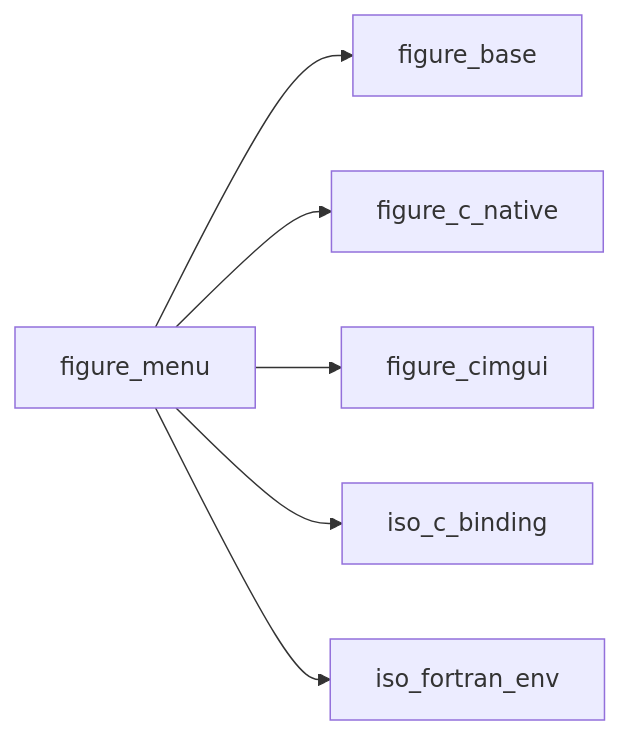
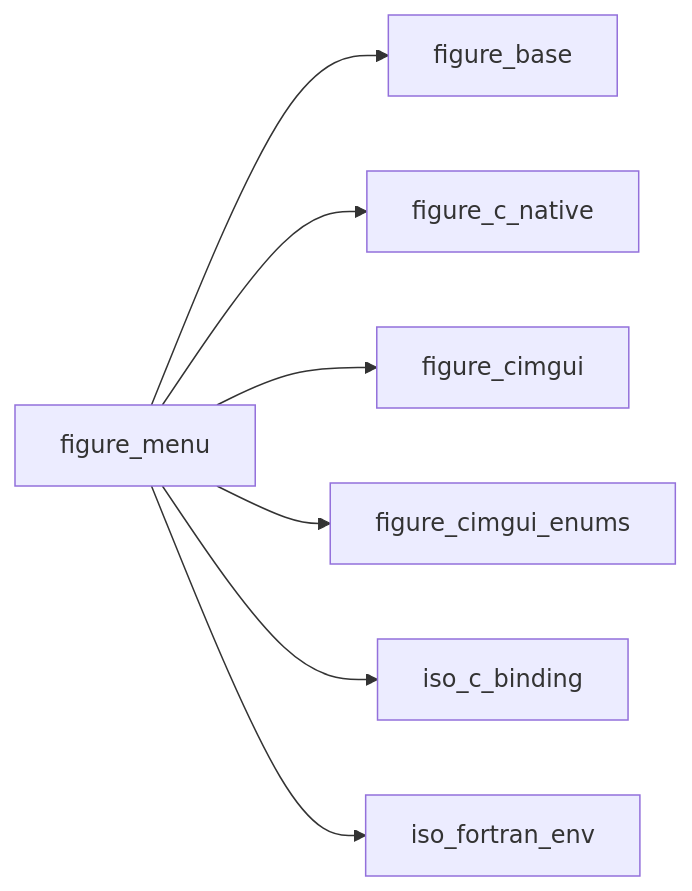
One commit to szaghi/figure changed the first of 14 diagrams in docs/api/src/lib/figure_menu.md. Above: the diagram before and after it, drawn with Mermaid. The commit also changed other lines of this file and 29 other files, not shown here.

````diff
--- a/docs/api/src/lib/figure_menu.md
+++ b/docs/api/src/lib/figure_menu.md
@@ -17,8 +22,9 @@
 ```mermaid
 graph LR
   figure_menu["figure_menu"] --> figure_base["figure_base"]
   figure_menu["figure_menu"] --> figure_c_native["figure_c_native"]
   figure_menu["figure_menu"] --> figure_cimgui["figure_cimgui"]
+  figure_menu["figure_menu"] --> figure_cimgui_enums["figure_cimgui_enums"]
   figure_menu["figure_menu"] --> iso_c_binding["iso_c_binding"]
   figure_menu["figure_menu"] --> iso_fortran_env["iso_fortran_env"]
 ```
````
